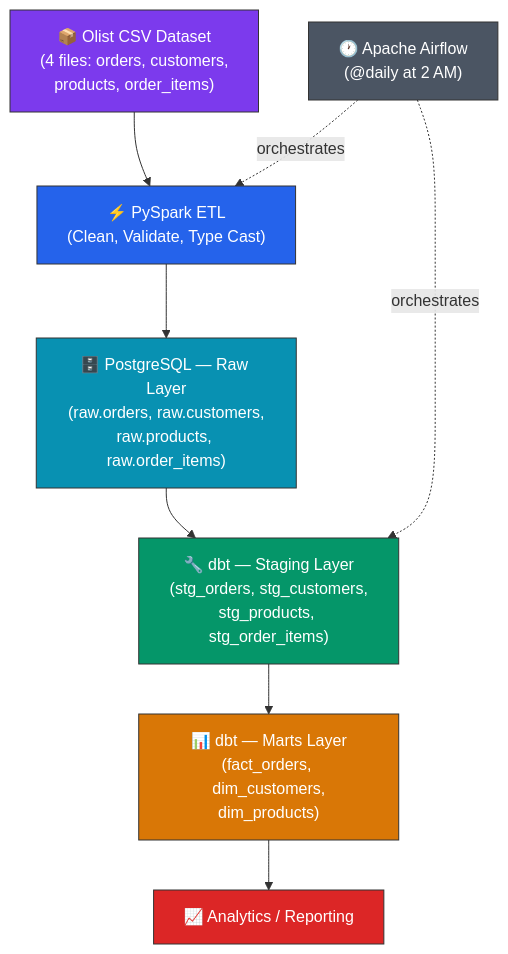
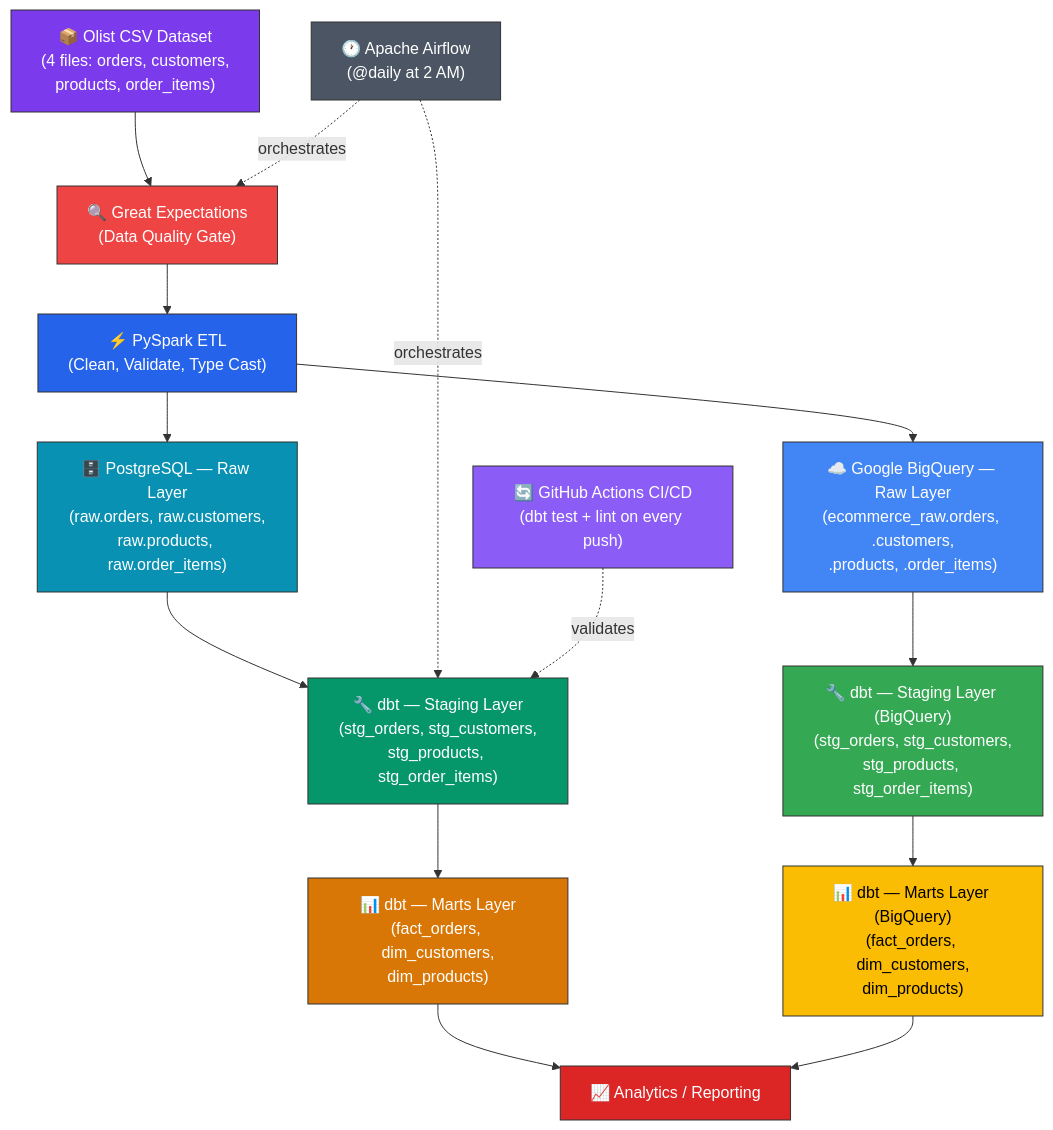
The first of 3 diagrams in README.md (sameermungase/E-Commerce_Realtime_Data_Pipeline), drawn with Mermaid before and after one commit. The commit also changed other lines of this file and 23 other files, not shown here.

Commit message:
feat: Add BigQuery integration, Great Expectations quality checks, CI/CD workflow, and Makefile

````diff
--- a/README.md
+++ b/README.md
@@ -9,19 +11,31 @@
 ```mermaid
 flowchart TD
-    A["📦 Olist CSV Dataset\n(4 files: orders, customers,\nproducts, order_items)"] --> B["⚡ PySpark ETL\n(Clean, Validate, Type Cast)"]
-    B --> C["🗄️ PostgreSQL — Raw Layer\n(raw.orders, raw.customers,\nraw.products, raw.order_items)"]
-    C --> D["🔧 dbt — Staging Layer\n(stg_orders, stg_customers,\nstg_products, stg_order_items)"]
-    D --> E["📊 dbt — Marts Layer\n(fact_orders, dim_customers,\ndim_products)"]
-    E --> F["📈 Analytics / Reporting"]
+    V["🔍 Great Expectations\n(Data Quality Gate)"] --> B
+    A["📦 Olist CSV Dataset\n(4 files: orders, customers,\nproducts, order_items)"] --> V
+    B["⚡ PySpark ETL\n(Clean, Validate, Type Cast)"] --> C
+    B --> BQ["☁️ Google BigQuery — Raw Layer\n(ecommerce_raw.orders, .customers,\n.products, .order_items)"]
+    C["🗄️ PostgreSQL — Raw Layer\n(raw.orders, raw.customers,\nraw.products, raw.order_items)"] --> D
+    BQ --> DBQ["🔧 dbt — Staging Layer (BigQuery)\n(stg_orders, stg_customers,\nstg_products, stg_order_items)"]
+    D["🔧 dbt — Staging Layer\n(stg_orders, stg_customers,\nstg_products, stg_order_items)"] --> E
+    DBQ --> EBQ["📊 dbt — Marts Layer (BigQuery)\n(fact_orders, dim_customers,\ndim_products)"]
+    E["📊 dbt — Marts Layer\n(fact_orders, dim_customers,\ndim_products)"] --> F
+    EBQ --> F["📈 Analytics / Reporting"]
 
-    G["🕐 Apache Airflow\n(@daily at 2 AM)"] -.->|orchestrates| B
-    G -.->|orchestrates| D
+    G["🕐 Apache Airflow\n(@daily at 2 AM)"] -.-> |orchestrates| V
+    G -.-> |orchestrates| D
+
+    CI["🔄 GitHub Actions CI/CD\n(dbt test + lint on every push)"] -.-> |validates| D
 
     style A fill:#7c3aed,stroke:#333,color:#fff
+    style V fill:#ef4444,stroke:#333,color:#fff
     style B fill:#2563eb,stroke:#333,color:#fff
     style C fill:#0891b2,stroke:#333,color:#fff
+    style BQ fill:#4285F4,stroke:#333,color:#fff
     style D fill:#059669,stroke:#333,color:#fff
+    style DBQ fill:#34A853,stroke:#333,color:#fff
     style E fill:#d97706,stroke:#333,color:#fff
+    style EBQ fill:#FBBC04,stroke:#333,color:#000
     style F fill:#dc2626,stroke:#333,color:#fff
     style G fill:#4b5563,stroke:#333,color:#fff
+    style CI fill:#8b5cf6,stroke:#333,color:#fff
 ```
````
